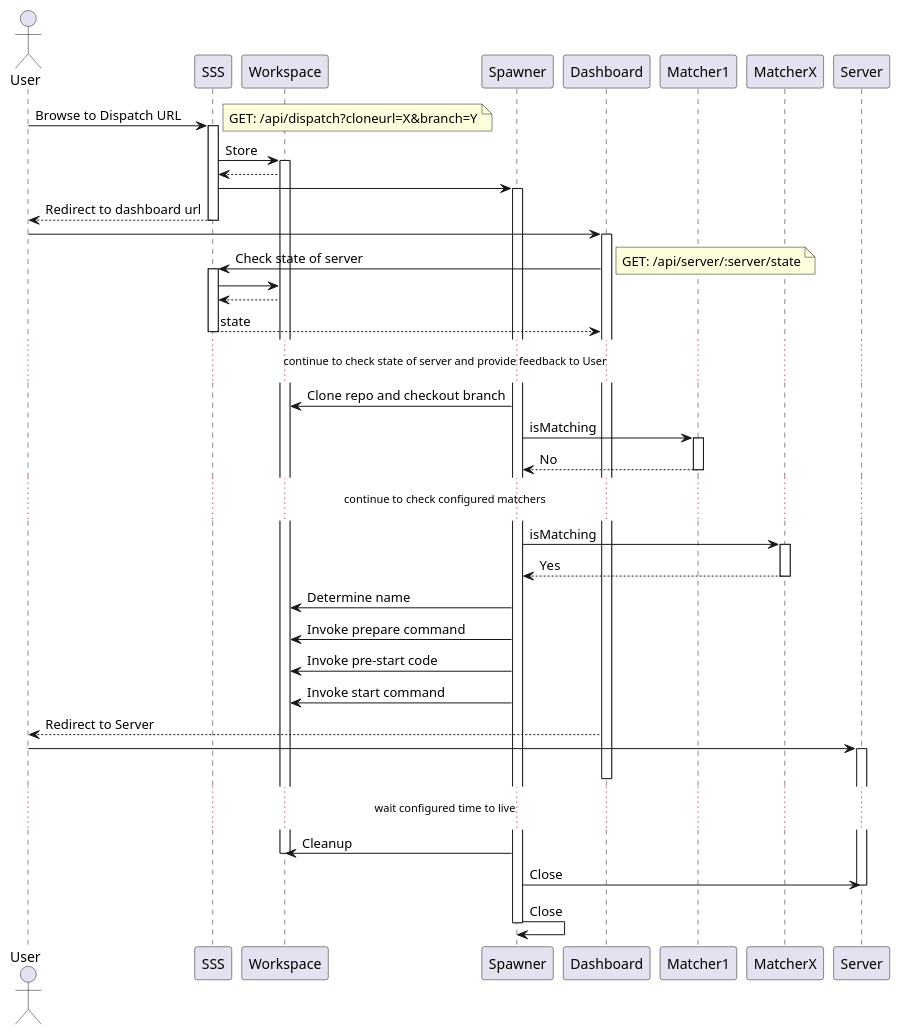
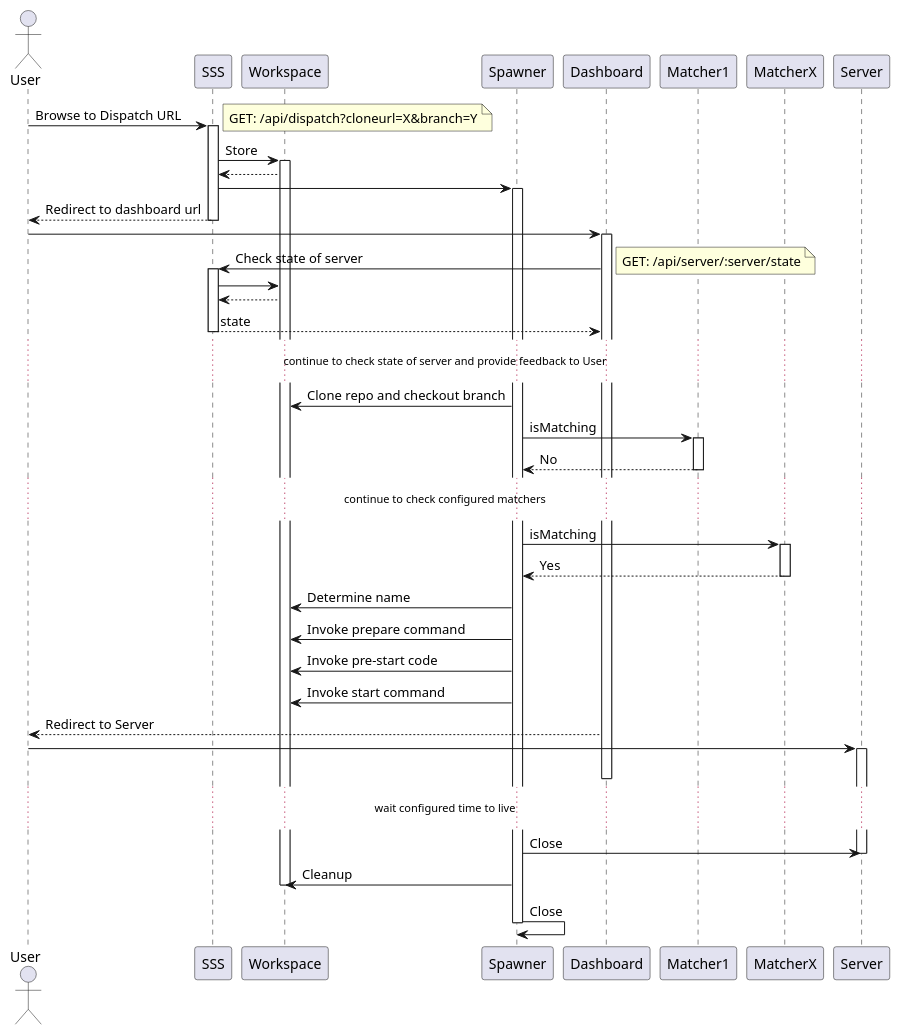
One commit to tomasbjerre/serverless-server-spawner changed the diagram in flow.plantuml. Above: the diagram before and after it, drawn with PlantUML. The commit also changed other lines of this file and 1 other file, not shown here.

```diff
--- a/flow.plantuml
+++ b/flow.plantuml
@@ -1,58 +1,58 @@
 @startuml
 actor User
 
 
 User -> SSS: Browse to Dispatch URL
 activate SSS
 note right: GET: /api/dispatch?cloneurl=X&branch=Y
 SSS -> Workspace: Store
 activate Workspace
 Workspace --> SSS
 SSS -> Spawner
 activate Spawner
 SSS --> User: Redirect to dashboard url
 deactivate SSS
 
 User -> Dashboard
 activate Dashboard
 Dashboard -> SSS: Check state of server
+activate SSS
 note right: GET: /api/server/:server/state
-activate SSS
 SSS -> Workspace
 Workspace --> SSS
 SSS --> Dashboard: state
 deactivate SSS
 
 ... continue to check state of server and provide feedback to User ...
 
 Spawner -> Workspace: Clone repo and checkout branch
 Spawner -> Matcher1: isMatching
 activate Matcher1
 Matcher1 --> Spawner: No
 deactivate Matcher1
 
 ... continue to check configured matchers ...
 
 Spawner -> MatcherX: isMatching
 activate MatcherX
 MatcherX --> Spawner: Yes
 deactivate MatcherX
 Spawner -> Workspace: Determine name
 Spawner -> Workspace: Invoke prepare command
 Spawner -> Workspace: Invoke pre-start code
 Spawner -> Workspace: Invoke start command
 
 Dashboard --> User: Redirect to Server
 User -> Server
 activate Server
 deactivate Dashboard
 
 ... wait configured time to live ...
 
+Spawner -> Server: Close
+deactivate Server
 Spawner -> Workspace: Cleanup
 deactivate Workspace
-Spawner -> Server: Close
-deactivate Server
 Spawner -> Spawner: Close
 deactivate Spawner
 @enduml
```
